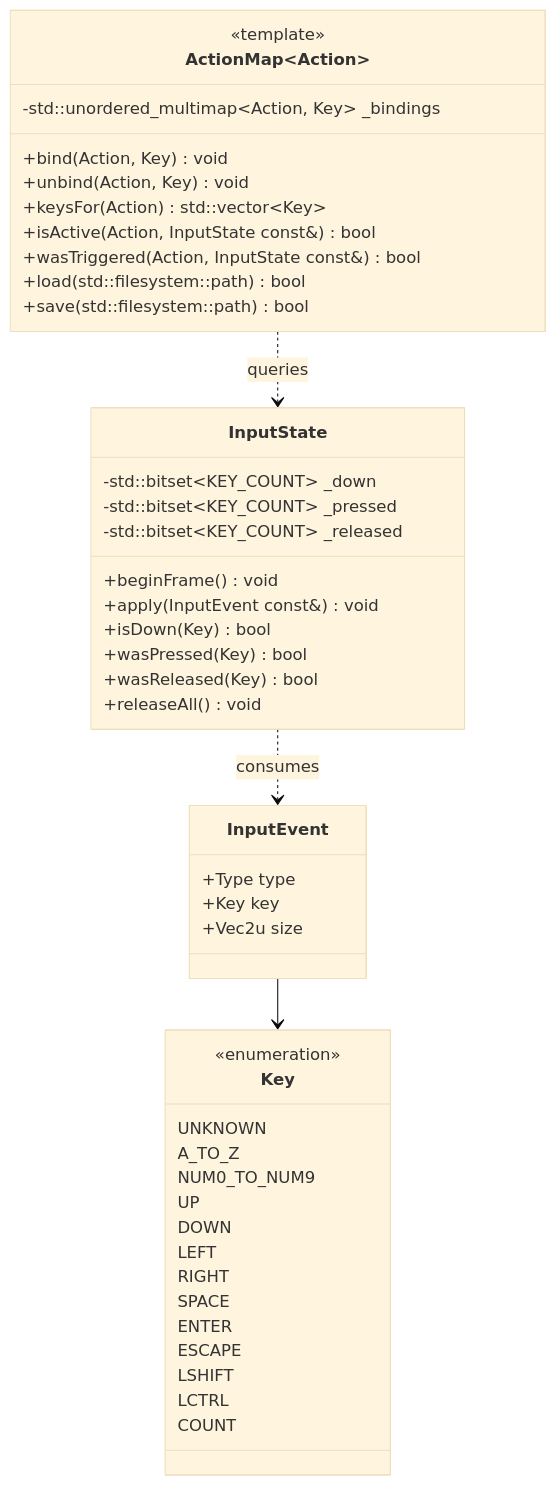
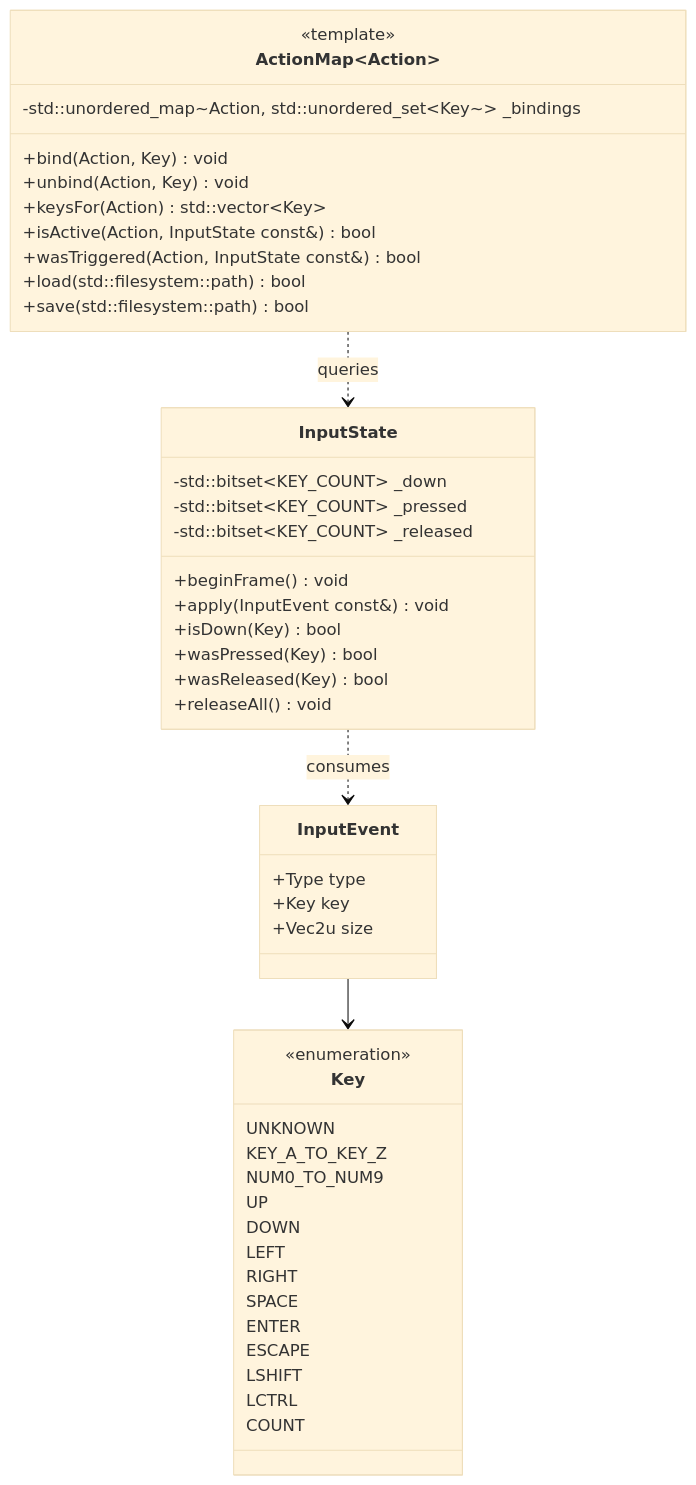
Before and after one commit to janumaruku/r-type: the fifth of 6 diagrams in docs/modules/engine.md, drawn with Mermaid (base theme). The commit also changed other lines of this file and 11 other files, not shown here.

Commit message:
feat(engine): RTP-72 #comment Finish ActionMap with JSON load and save, warnings, KEY_A to KEY_Z names, and update the input docs

````diff
--- a/docs/modules/engine.md
+++ b/docs/modules/engine.md
@@ -563,49 +563,49 @@
 ```mermaid
 classDiagram
     class Key {
         <<enumeration>>
         UNKNOWN
-        A_TO_Z
+        KEY_A_TO_KEY_Z
         NUM0_TO_NUM9
         UP
         DOWN
         LEFT
         RIGHT
         SPACE
         ENTER
         ESCAPE
         LSHIFT
         LCTRL
         COUNT
     }
     class InputEvent {
         +Type type
         +Key key
         +Vec2u size
     }
     class InputState {
         -std::bitset~KEY_COUNT~ _down
         -std::bitset~KEY_COUNT~ _pressed
         -std::bitset~KEY_COUNT~ _released
         +beginFrame() void
         +apply(InputEvent const&) void
         +isDown(Key) bool
         +wasPressed(Key) bool
         +wasReleased(Key) bool
         +releaseAll() void
     }
     class ActionMap~Action~ {
         <<template>>
-        -std::unordered_multimap~Action, Key~ _bindings
+        -std::unordered_map~Action, std::unordered_set~Key~~ _bindings
         +bind(Action, Key) void
         +unbind(Action, Key) void
         +keysFor(Action) std::vector~Key~
         +isActive(Action, InputState const&) bool
         +wasTriggered(Action, InputState const&) bool
         +load(std::filesystem::path) bool
         +save(std::filesystem::path) bool
     }
     InputState ..> InputEvent : consumes
     ActionMap ..> InputState : queries
     InputEvent --> Key
 ```
````
